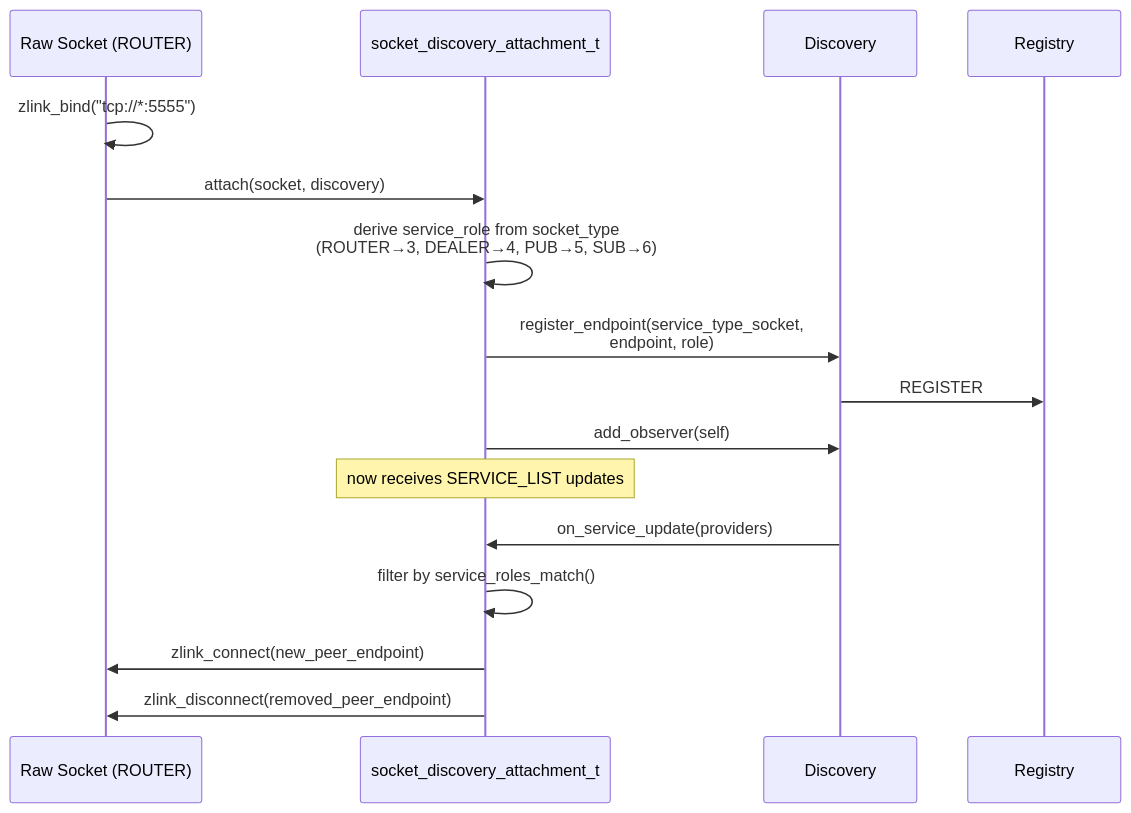
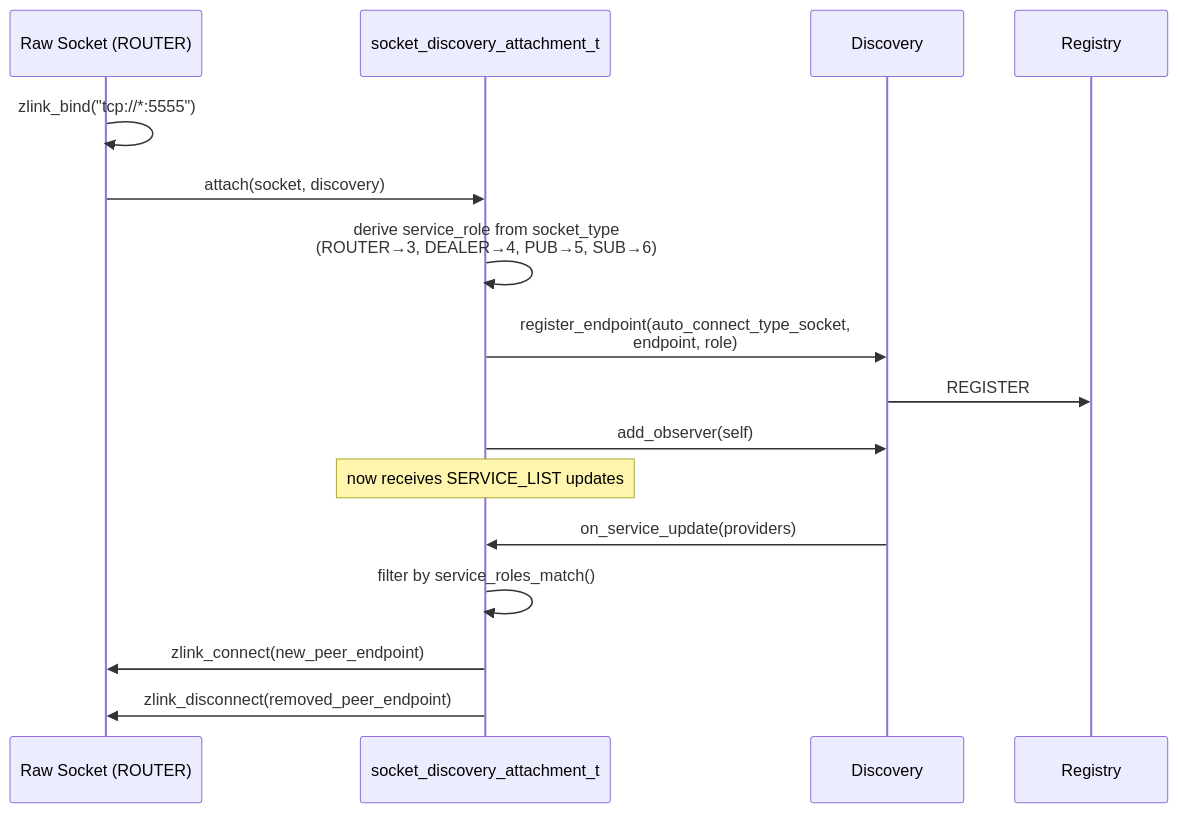
The sixth of 11 diagrams in doc/internals/discovery-internals.md (kairos-code-dev/zlink), drawn with Mermaid before and after one commit. The commit also changed other lines of this file and 228 other files, not shown here.

Commit message:
Implement discovery auto-connect channel types

````diff
--- a/doc/internals/discovery-internals.md
+++ b/doc/internals/discovery-internals.md
@@ -164,21 +164,21 @@
 ```mermaid
 sequenceDiagram
     participant Socket as Raw Socket (ROUTER)
     participant Attach as socket_discovery_attachment_t
     participant Disc as Discovery
     participant REG as Registry
 
     Socket->>Socket: zlink_bind("tcp://*:5555")
     Socket->>Attach: attach(socket, discovery)
     Attach->>Attach: derive service_role from socket_type<br/>(ROUTER→3, DEALER→4, PUB→5, SUB→6)
-    Attach->>Disc: register_endpoint(service_type_socket,<br/>endpoint, role)
+    Attach->>Disc: register_endpoint(auto_connect_type_socket,<br/>endpoint, role)
     Disc->>REG: REGISTER
 
     Attach->>Disc: add_observer(self)
     Note over Attach: now receives SERVICE_LIST updates
 
     Disc->>Attach: on_service_update(providers)
     Attach->>Attach: filter by service_roles_match()
     Attach->>Socket: zlink_connect(new_peer_endpoint)
     Attach->>Socket: zlink_disconnect(removed_peer_endpoint)
 ```
````
